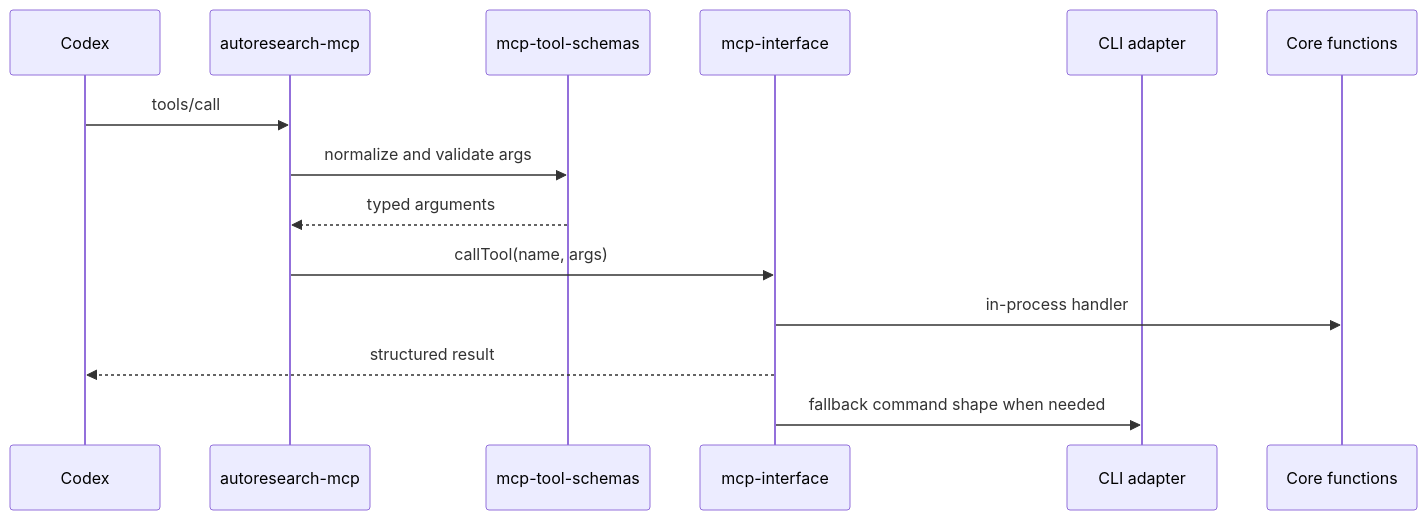
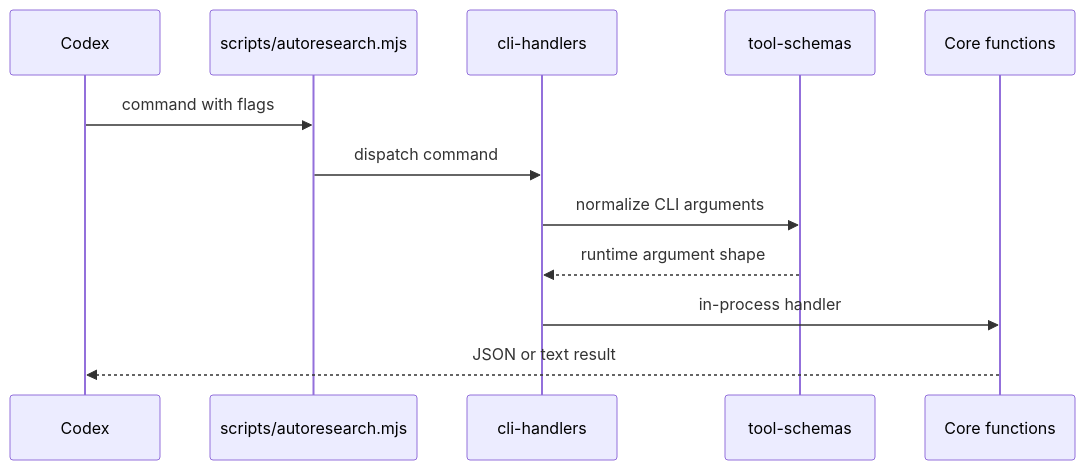
Before and after one commit to TheGreenCedar/codex-autoresearch: the fourth of 5 diagrams in plugins/codex-autoresearch/docs/architecture.md, drawn with Mermaid. The commit also changed other lines of this file and 46 other files, not shown here.

````diff
--- a/plugins/codex-autoresearch/docs/architecture.md
+++ b/plugins/codex-autoresearch/docs/architecture.md
@@ -51,17 +48,15 @@
 ```mermaid
 sequenceDiagram
   participant Codex
-  participant MCP as autoresearch-mcp
-  participant Schema as mcp-tool-schemas
-  participant Interface as mcp-interface
-  participant CLI as CLI adapter
+  participant CLI as scripts/autoresearch.mjs
+  participant Handlers as cli-handlers
+  participant Schema as tool-schemas
   participant Core as Core functions
 
-  Codex->>MCP: tools/call
-  MCP->>Schema: normalize and validate args
-  Schema-->>MCP: typed arguments
-  MCP->>Interface: callTool(name, args)
-  Interface->>Core: in-process handler
-  Interface-->>Codex: structured result
-  Interface->>CLI: fallback command shape when needed
+  Codex->>CLI: command with flags
+  CLI->>Handlers: dispatch command
+  Handlers->>Schema: normalize CLI arguments
+  Schema-->>Handlers: runtime argument shape
+  Handlers->>Core: in-process handler
+  Core-->>Codex: JSON or text result
 ```
````
